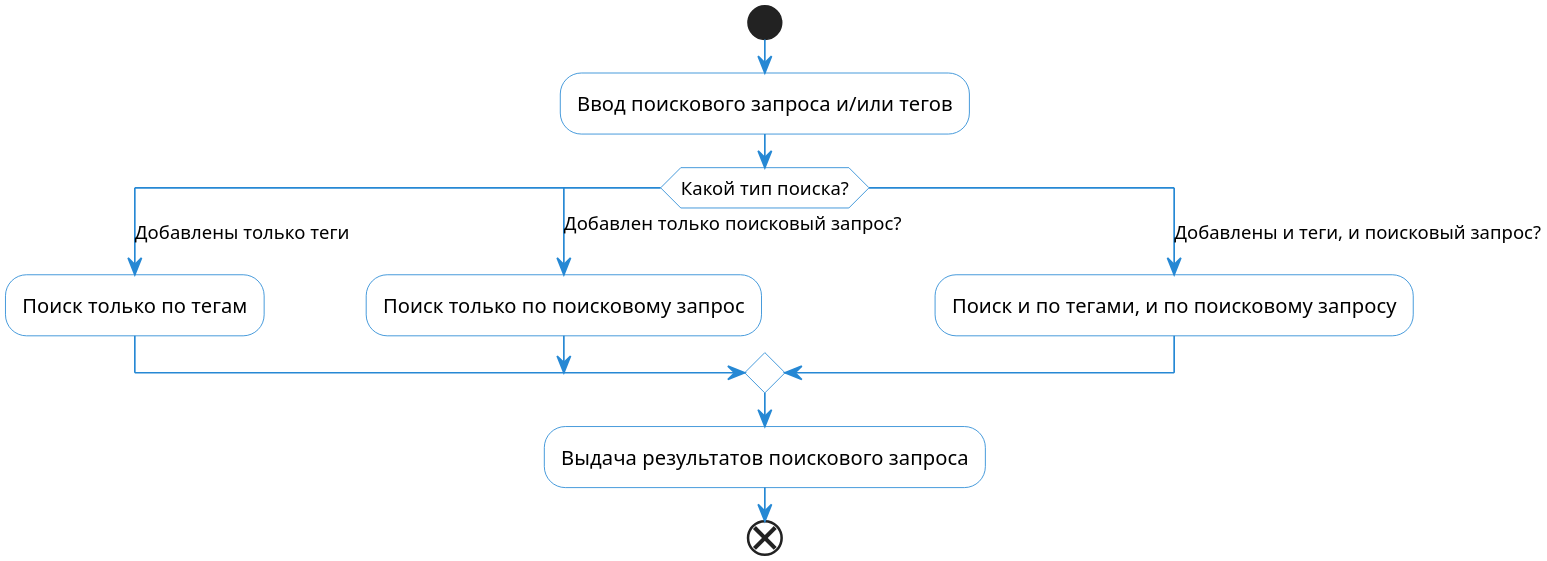
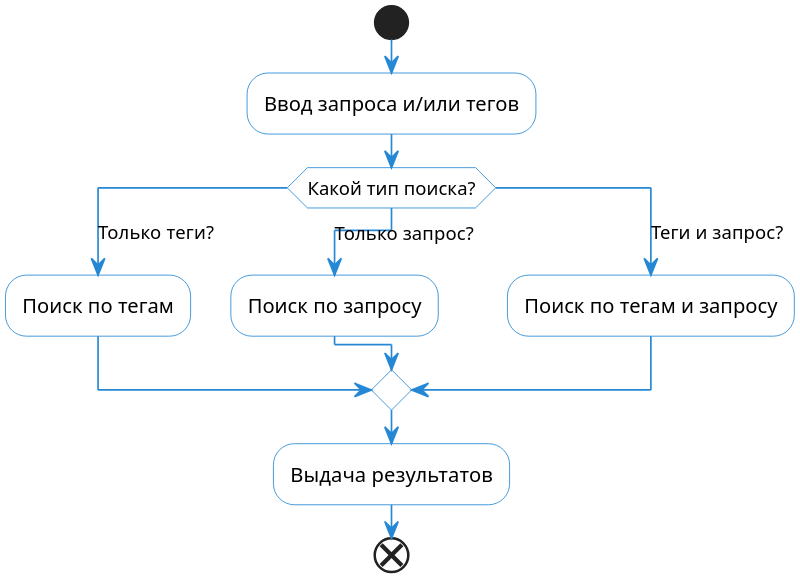
Before and after one commit to danilshvalov/databases-lab: the diagram in puml/search.puml, drawn with PlantUML. The commit also changed 13 other files, not shown here.

```diff
--- a/puml/search.puml
+++ b/puml/search.puml
@@ -1,23 +1,23 @@
 @startuml
 
 scale 3
 skinparam activity {
     BackgroundColor white
     ArrowColor #2688d4
     BorderColor #2688d4
 }
 
 start
-:Ввод поискового запроса и/или тегов;
+:Ввод запроса и/или тегов;
 switch (Какой тип поиска?)
-case (Добавлены только теги)
-    :Поиск только по тегам;
-case (Добавлен только поисковый запрос?)
-    :Поиск только по поисковому запрос;
-case (Добавлены и теги, и поисковый запрос?)
-    :Поиск и по тегами, и по поисковому запросу;
+case (Только теги?)
+    :Поиск по тегам;
+case (Только запрос?)
+    :Поиск по запросу;
+case (Теги и запрос?)
+    :Поиск по тегам и запросу;
 endswitch
-:Выдача результатов поискового запроса;
+:Выдача результатов;
 end
 
 @enduml
```
